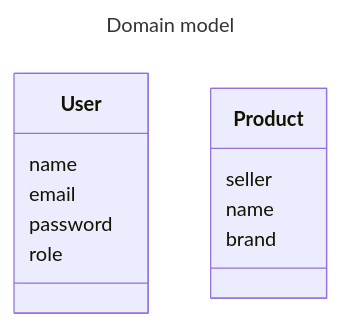
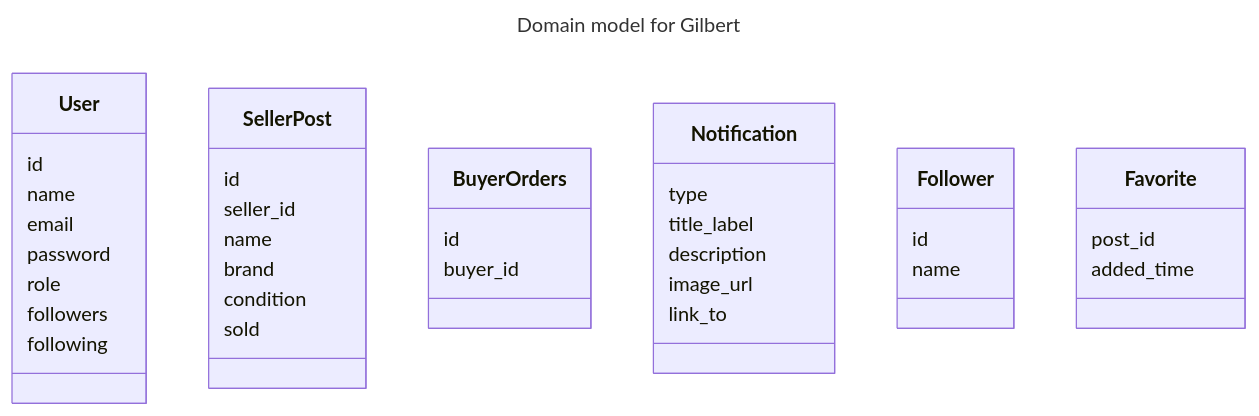
The diagram in Documents/Diagrams/DomainModel.md (zealand-cs/Gilbert), drawn with Mermaid before and after one commit. The commit also changed 1 other file, not shown here.

Commit message:
Updates to domain model

````diff
--- a/Documents/Diagrams/DomainModel.md
+++ b/Documents/Diagrams/DomainModel.md
@@ -3,19 +3,49 @@
 ```mermaid
 ---
-title: Domain model
+title: Domain model for Gilbert
 ---
 
 classDiagram
-    class User {
-        name
-        email
-        password
-        role
-    }
+class User {
+    id
+    name
+    email
+    password
+    role
+    followers
+    following
+}
 
-    class Product {
-        seller
-        name
-        brand
-    }
+class SellerPost {
+    id
+    seller_id
+    name
+    brand
+    condition
+    sold
+}
+
+class BuyerOrders {
+    id
+    buyer_id
+
+}
+
+class Notification {
+    type
+    title_label
+    description
+    image_url
+    link_to
+}
+
+class Follower {
+    id
+    name
+}
+
+class Favorite {
+    post_id
+    added_time
+}
 ```
````
